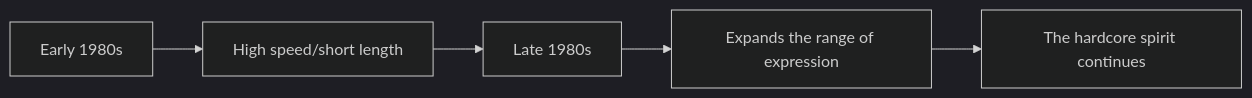
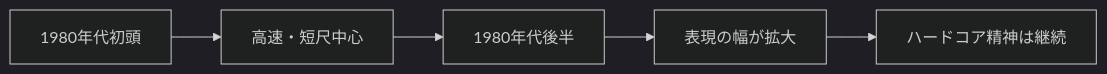
Before and after one commit to monumental-movement/monumental-movement.github.io: the eighth of 13 diagrams in en/_posts/2026-07-13-column-terveet-kadet.md, drawn with Mermaid (dark theme). The commit also changed other lines of this file and 2196 other files, not shown here.

```diff
--- a/en/_posts/2026-07-13-column-terveet-kadet.md
+++ b/en/_posts/2026-07-13-column-terveet-kadet.md
@@ -410,14 +409,14 @@
 <div class="mermaid">
 graph LR
-A["Early 1980s"]
-B["High speed/short length"]
-C["Late 1980s"]
-D["Expands the range of expression"]
-E["The hardcore spirit continues"]
+A["1980年代初頭"]
+B["高速・短尺中心"]
+C["1980年代後半"]
+D["表現の幅が拡大"]
+E["ハードコア精神は継続"]
 
 A --> B
 B --> C
 C --> D
 D --> E
 
 </div>
```
